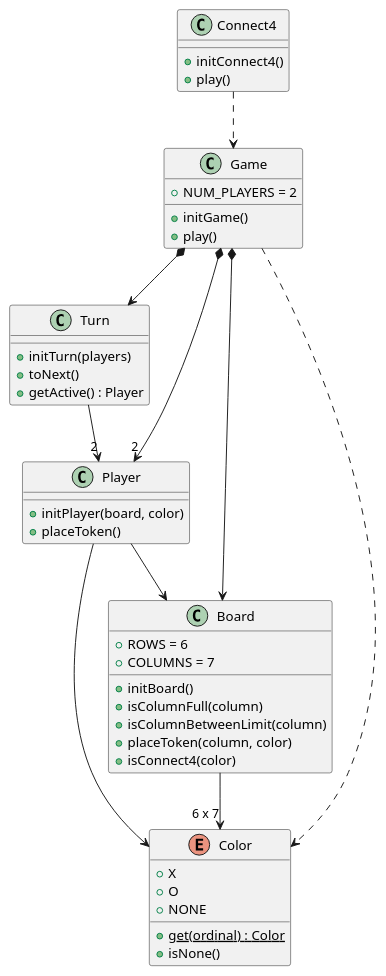
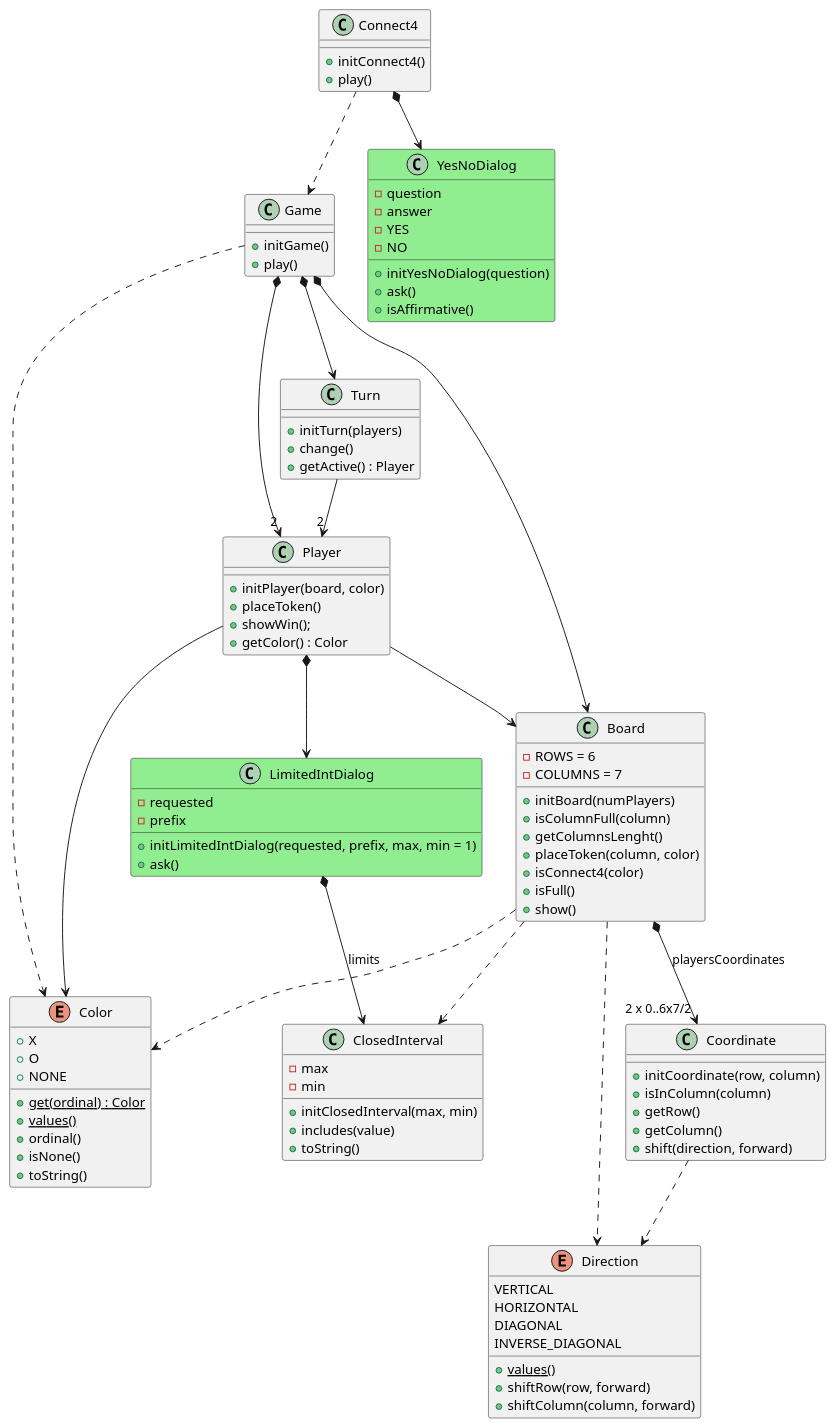
One commit to PabloMartinFluvia/myGame-connect4 changed the diagram in docs/dev-resume/src/analysis.plantuml. Above: the diagram before and after it, drawn with PlantUML. The commit also changed 3 other files, not shown here.

```diff
--- a/docs/dev-resume/src/analysis.plantuml
+++ b/docs/dev-resume/src/analysis.plantuml
@@ -1,58 +1,119 @@
 @startuml analysis
 
 class Connect4 {
 
     + initConnect4()
     + play()
 }
 Connect4 ..> Game
+Connect4 *--> YesNoDialog
 
-class Game {
-    + NUM_PLAYERS = 2    
+class Game {     
 
     + initGame()
     + play()
 }
 Game *--> Turn
 Game *--> Board
 Game *--> "2" Player
 Game ..> Color
 
 class Turn {
 
     + initTurn(players)
-    + toNext()
-    + getActive() : Player
+    + change()
+    + getActive() : Player        
 }
 Turn --> "2" Player
 
 class Player {
 
     + initPlayer(board, color)
     + placeToken()
+    + showWin();
+    + getColor() : Color
 }
 Player --> Board
 Player --> Color
+Player *--> LimitedIntDialog
 
 class Board {
-    + ROWS = 6
-    + COLUMNS = 7
+    - ROWS = 6
+    - COLUMNS = 7
     
-    + initBoard()
+    + initBoard(numPlayers)
     + isColumnFull(column)
-    + isColumnBetweenLimit(column)
+    + getColumnsLenght()
     + placeToken(column, color)
     + isConnect4(color)
+    + isFull()
+    + show()
 }
-Board --> "6 x 7" Color
+Board ..> ClosedInterval
+Board *--> "2 x 0..6x7/2" Coordinate : playersCoordinates
+Board ..> Direction
+Board ..> Color
+
+class Coordinate {
+    + initCoordinate(row, column)
+    + isInColumn(column)
+    + getRow()
+    + getColumn()
+    + shift(direction, forward)
+}
+Coordinate ..> Direction
+
+enum Direction {
+    VERTICAL
+    HORIZONTAL
+    DIAGONAL
+    INVERSE_DIAGONAL
+
+    + {static} values()
+    + shiftRow(row, forward)
+    + shiftColumn(column, forward)
+}
 
 enum Color {
     + X
-    + O
-    + NONE
+    + O   
+    + NONE 
 
-    + {static} get(ordinal) : Color
+    + {static} get(ordinal) : Color  
+    + {static} values()  
+    + ordinal()
     + isNone()
+    + toString()
+}
+
+class YesNoDialog #LightGreen {  
+    - question
+    - answer   
+    - YES
+    - NO
+
+    + initYesNoDialog(question)
+    + ask()
+    + isAffirmative()
+}
+
+class LimitedIntDialog #LightGreen {
+    - requested
+    - prefix
+    
+
+    + initLimitedIntDialog(requested, prefix, max, min = 1) 
+    + ask()
+}
+LimitedIntDialog *--> ClosedInterval : limits
+
+class ClosedInterval {
+    - max
+    - min
+
+    + initClosedInterval(max, min)
+    + includes(value)
+    + toString()
 }
 
 @enduml
```
